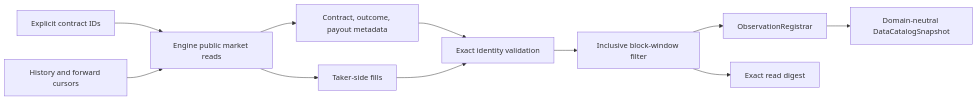
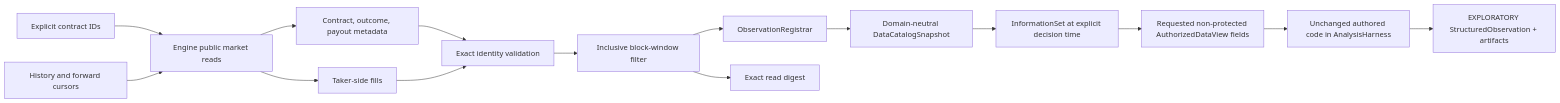
One commit to kthaisociety/Polymarket changed the diagram in docs/architecture/data-foundation/IMPLEMENTATION.md. Above: the diagram before and after it, drawn with Mermaid. The commit also changed other lines of this file and 19 other files, not shown here.

````diff
--- a/docs/architecture/data-foundation/IMPLEMENTATION.md
+++ b/docs/architecture/data-foundation/IMPLEMENTATION.md
@@ -34,13 +41,17 @@
 ```mermaid
 flowchart LR
     IDS["Explicit contract IDs"] --> READ["Engine public market reads"]
     CURSORS["History and forward cursors"] --> READ
     READ --> CONTRACTS["Contract, outcome, payout metadata"]
     READ --> FILLS["Taker-side fills"]
     CONTRACTS --> VALIDATE["Exact identity validation"]
     FILLS --> VALIDATE
     VALIDATE --> WINDOW["Inclusive block-window filter"]
     WINDOW --> REGISTER["ObservationRegistrar"]
     REGISTER --> CATALOG["Domain-neutral DataCatalogSnapshot"]
     WINDOW --> DIGEST["Exact read digest"]
+    CATALOG --> INFO["InformationSet at explicit decision time"]
+    INFO --> VIEW["Requested non-protected AuthorizedDataView fields"]
+    VIEW --> SANDBOX["Unchanged authored code in AnalysisHarness"]
+    SANDBOX --> OBS["EXPLORATORY StructuredObservation + artifacts"]
 ```
````
